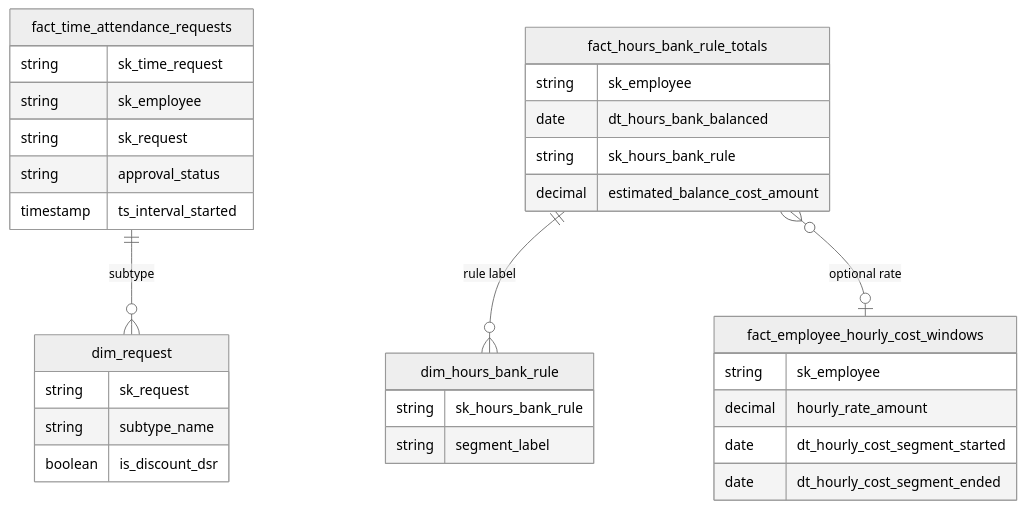
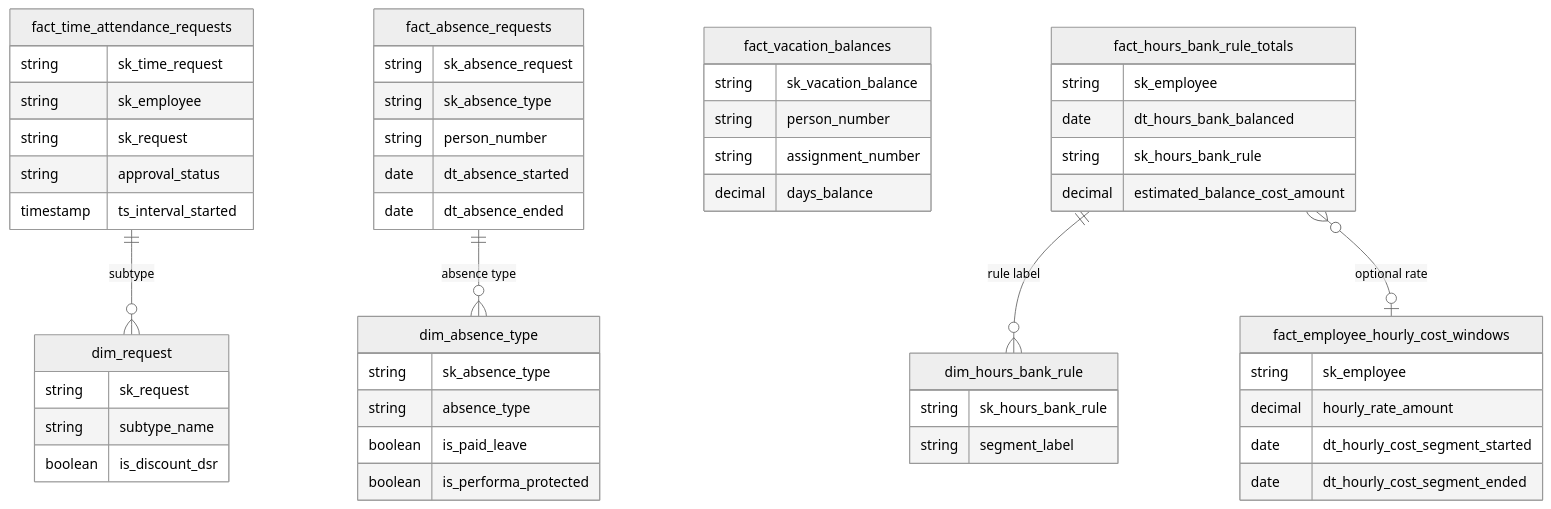
The diagram in dags/people/dw_time/docs/data_model.md (joseotaviorf/oh-my-pi), drawn with Mermaid (neutral theme) before and after one commit. The commit also changed other lines of this file and 13 other files, not shown here.

````diff
--- a/dags/people/dw_time/docs/data_model.md
+++ b/dags/people/dw_time/docs/data_model.md
@@ -25,34 +28,54 @@
 ```mermaid
 erDiagram
     fact_time_attendance_requests {
         string sk_time_request
         string sk_employee
         string sk_request
         string approval_status
         timestamp ts_interval_started
     }
     dim_request {
         string sk_request
         string subtype_name
         boolean is_discount_dsr
+    }
+    dim_absence_type {
+        string sk_absence_type
+        string absence_type
+        boolean is_paid_leave
+        boolean is_performa_protected
+    }
+    fact_absence_requests {
+        string sk_absence_request
+        string sk_absence_type
+        string person_number
+        date dt_absence_started
+        date dt_absence_ended
+    }
+    fact_vacation_balances {
+        string sk_vacation_balance
+        string person_number
+        string assignment_number
+        decimal days_balance
     }
     fact_hours_bank_rule_totals {
         string sk_employee
         date dt_hours_bank_balanced
         string sk_hours_bank_rule
         decimal estimated_balance_cost_amount
     }
     dim_hours_bank_rule {
         string sk_hours_bank_rule
         string segment_label
     }
     fact_employee_hourly_cost_windows {
         string sk_employee
         decimal hourly_rate_amount
         date dt_hourly_cost_segment_started
         date dt_hourly_cost_segment_ended
     }
     fact_time_attendance_requests ||--o{ dim_request : "subtype"
+    fact_absence_requests ||--o{ dim_absence_type : "absence type"
     fact_hours_bank_rule_totals ||--o{ dim_hours_bank_rule : "rule label"
     fact_hours_bank_rule_totals }o--o| fact_employee_hourly_cost_windows : "optional rate"
 ```
````
